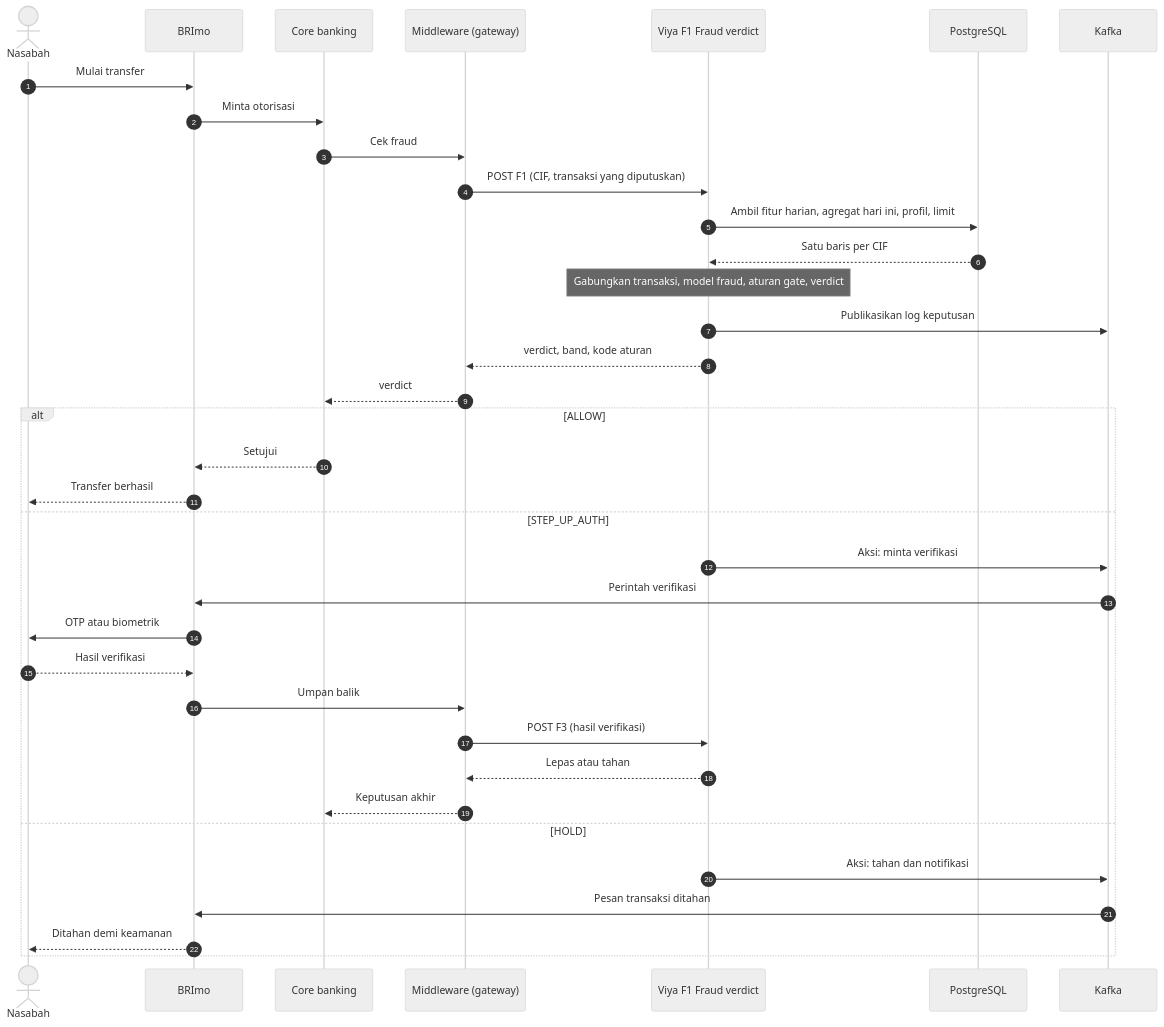
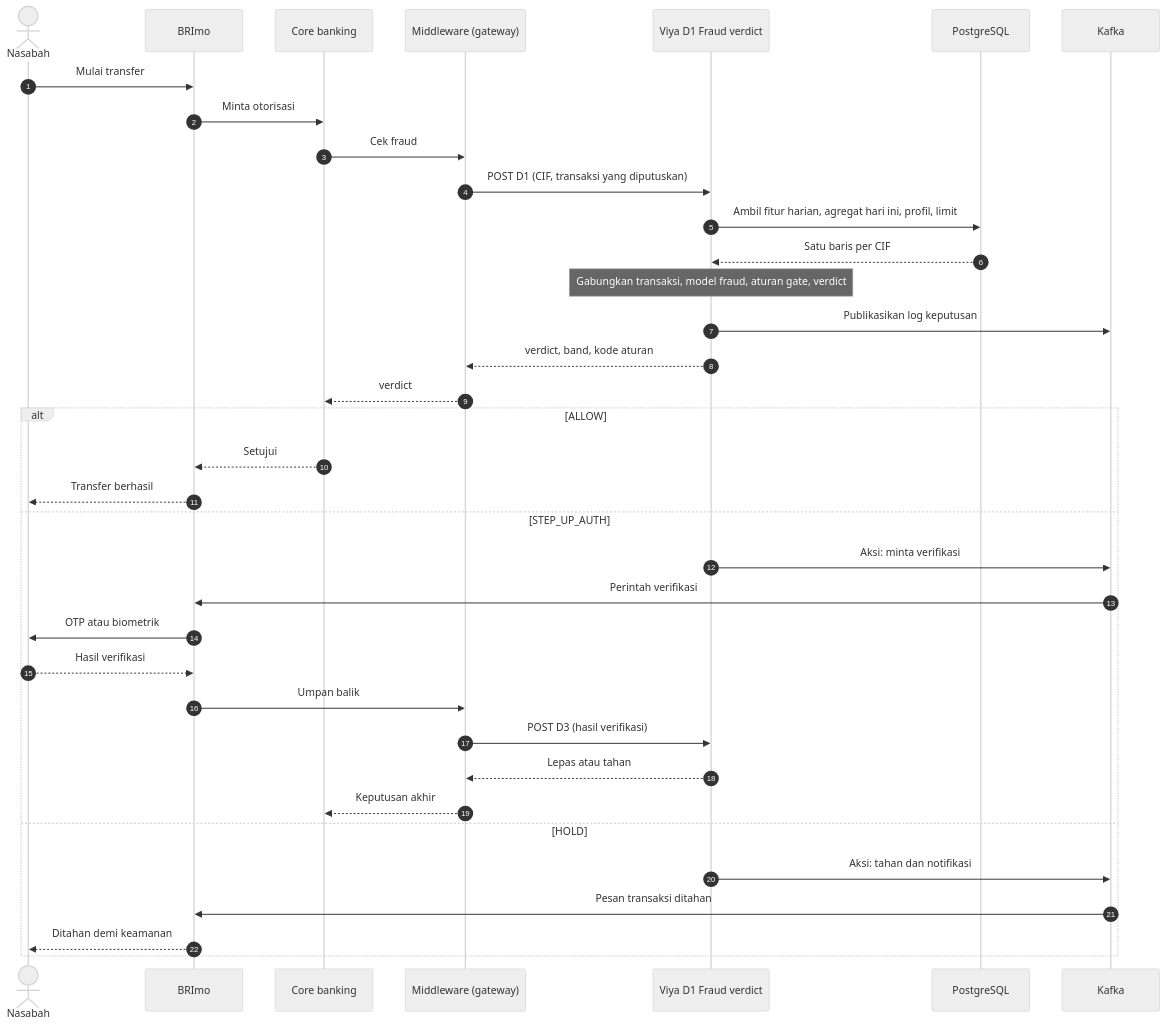
Before and after one commit to afintchtr/sashckton-gearup: the second of 9 diagrams in docs/DIAGRAMS.md, drawn with Mermaid (neutral theme). The commit also changed other lines of this file and 8 other files, not shown here.

First line of the commit message:
Docs: add decision flow specification (D1-D3) and align all docs

````diff
--- a/docs/DIAGRAMS.md
+++ b/docs/DIAGRAMS.md
@@ -66,38 +74,38 @@
 ```mermaid
 sequenceDiagram
     autonumber
     actor N as Nasabah
     participant B as BRImo
     participant C as Core banking
     participant M as Middleware (gateway)
-    participant V as Viya F1 Fraud verdict
+    participant V as Viya D1 Fraud verdict
     participant P as PostgreSQL
     participant K as Kafka
     N->>B: Mulai transfer
     B->>C: Minta otorisasi
     C->>M: Cek fraud
-    M->>V: POST F1 (CIF, transaksi yang diputuskan)
+    M->>V: POST D1 (CIF, transaksi yang diputuskan)
     V->>P: Ambil fitur harian, agregat hari ini, profil, limit
     P-->>V: Satu baris per CIF
     Note over V: Gabungkan transaksi, model fraud, aturan gate, verdict
     V->>K: Publikasikan log keputusan
     V-->>M: verdict, band, kode aturan
     M-->>C: verdict
     alt ALLOW
         C-->>B: Setujui
         B-->>N: Transfer berhasil
     else STEP_UP_AUTH
         V->>K: Aksi: minta verifikasi
         K->>B: Perintah verifikasi
         B->>N: OTP atau biometrik
         N-->>B: Hasil verifikasi
         B->>M: Umpan balik
-        M->>V: POST F3 (hasil verifikasi)
+        M->>V: POST D3 (hasil verifikasi)
         V-->>M: Lepas atau tahan
         M-->>C: Keputusan akhir
     else HOLD
         V->>K: Aksi: tahan dan notifikasi
         K->>B: Pesan transaksi ditahan
         B-->>N: Ditahan demi keamanan
     end
 ```
````
